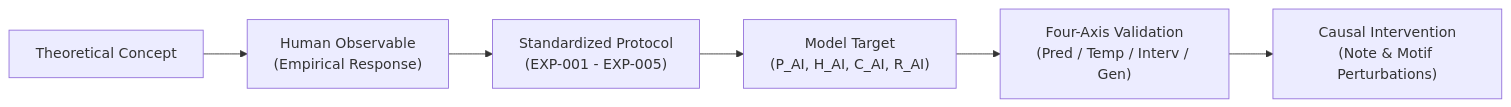
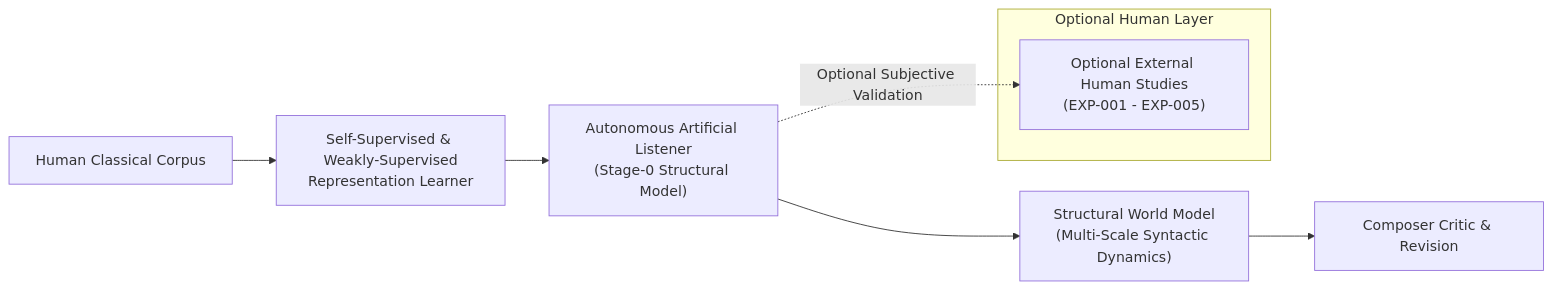
One commit to team-muel/Russian-Piano-Composer changed the first of 3 diagrams in docs/research/PF001_MEASUREMENT_OPERATIONALIZATION_REPORT.md. Above: the diagram before and after it, drawn with Mermaid. The commit also changed other lines of this file and 13 other files, not shown here.

Commit message:
feat(pf001a): autonomous listener contract, corpus feasibility audit, and structural gates

````diff
--- a/docs/research/PF001_MEASUREMENT_OPERATIONALIZATION_REPORT.md
+++ b/docs/research/PF001_MEASUREMENT_OPERATIONALIZATION_REPORT.md
@@ -29,8 +35,12 @@
 ```mermaid
 flowchart LR
-    A["Theoretical Concept"] --> B["Human Observable<br/>(Empirical Response)"]
-    B --> C["Standardized Protocol<br/>(EXP-001 - EXP-005)"]
-    C --> D["Model Target<br/>(P_AI, H_AI, C_AI, R_AI)"]
-    D --> E["Four-Axis Validation<br/>(Pred / Temp / Interv / Gen)"]
-    E --> F["Causal Intervention<br/>(Note & Motif Perturbations)"]
+    CC["Human Classical Corpus"] --> SL["Self-Supervised & Weakly-Supervised<br/>Representation Learner"]
+    SL --> AL["Autonomous Artificial Listener<br/>(Stage-0 Structural Model)"]
+    AL --> SWM["Structural World Model<br/>(Multi-Scale Syntactic Dynamics)"]
+    SWM --> COMP["Composer Critic & Revision"]
+
+    subgraph Optional Human Layer
+        HL["Optional External Human Studies<br/>(EXP-001 - EXP-005)"]
+    end
+    AL -.->|Optional Subjective Validation| HL
 ```
````
